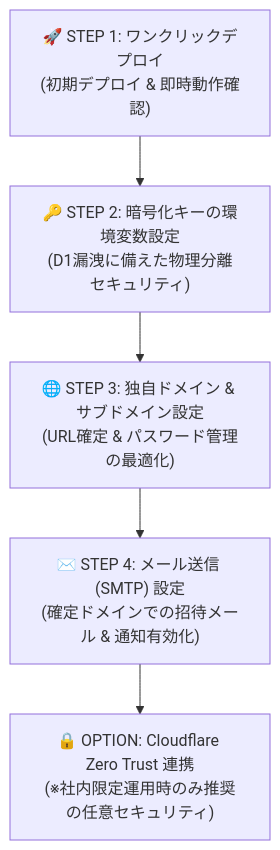
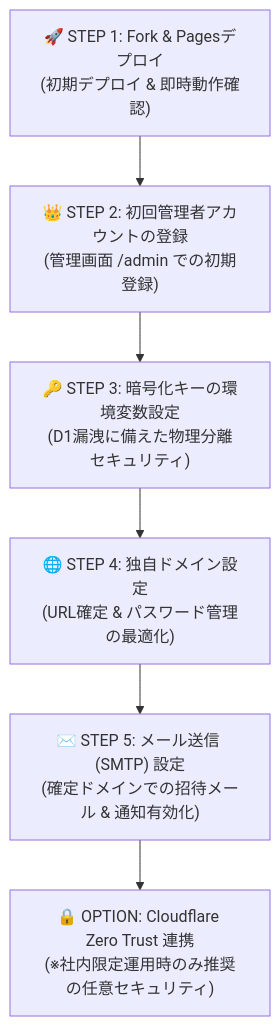
Before and after one commit to cohive-tms/cohive-cloudflare: the diagram in README.ja.md, drawn with Mermaid. The commit also changed other lines of this file and 3 other files, not shown here.

Commit message:
feat: implement initial D1 database schema and update custom domain documentation

````diff
--- a/README.ja.md
+++ b/README.ja.md
@@ -57,7 +57,8 @@
 ```mermaid
 flowchart TD
-    Step1["🚀 STEP 1: ワンクリックデプロイ<br/>(初期デプロイ & 即時動作確認)"] --> Step2["🔑 STEP 2: 暗号化キーの環境変数設定<br/>(D1漏洩に備えた物理分離セキュリティ)"]
-    Step2 --> Step3["🌐 STEP 3: 独自ドメイン & サブドメイン設定<br/>(URL確定 & パスワード管理の最適化)"]
-    Step3 --> Step4["✉️ STEP 4: メール送信 (SMTP) 設定<br/>(確定ドメインでの招待メール & 通知有効化)"]
-    Step4 --> Option["🔒 OPTION: Cloudflare Zero Trust 連携<br/>(※社内限定運用時のみ推奨の任意セキュリティ)"]
+    Step1["🚀 STEP 1: Fork & Pagesデプロイ<br/>(初期デプロイ & 即時動作確認)"] --> Step2["👑 STEP 2: 初回管理者アカウントの登録<br/>(管理画面 /admin での初期登録)"]
+    Step2 --> Step3["🔑 STEP 3: 暗号化キーの環境変数設定<br/>(D1漏洩に備えた物理分離セキュリティ)"]
+    Step3 --> Step4["🌐 STEP 4: 独自ドメイン設定<br/>(URL確定 & パスワード管理の最適化)"]
+    Step4 --> Step5["✉️ STEP 5: メール送信 (SMTP) 設定<br/>(確定ドメインでの招待メール & 通知有効化)"]
+    Step5 --> Option["🔒 OPTION: Cloudflare Zero Trust 連携<br/>(※社内限定運用時のみ推奨の任意セキュリティ)"]
 ```
````
